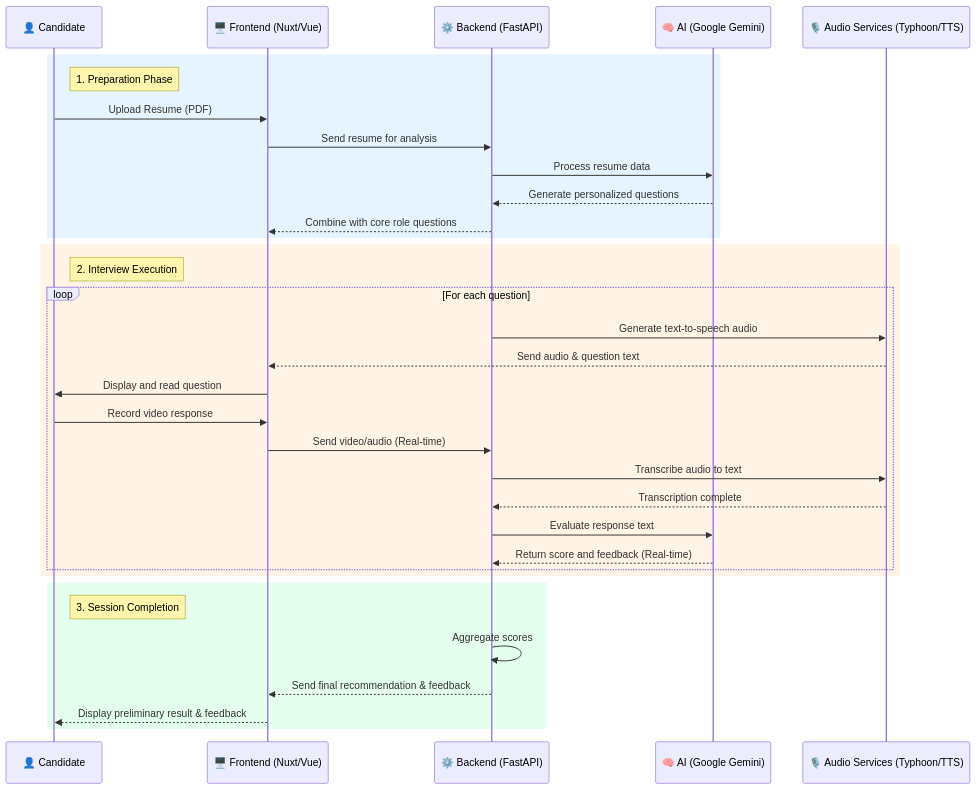
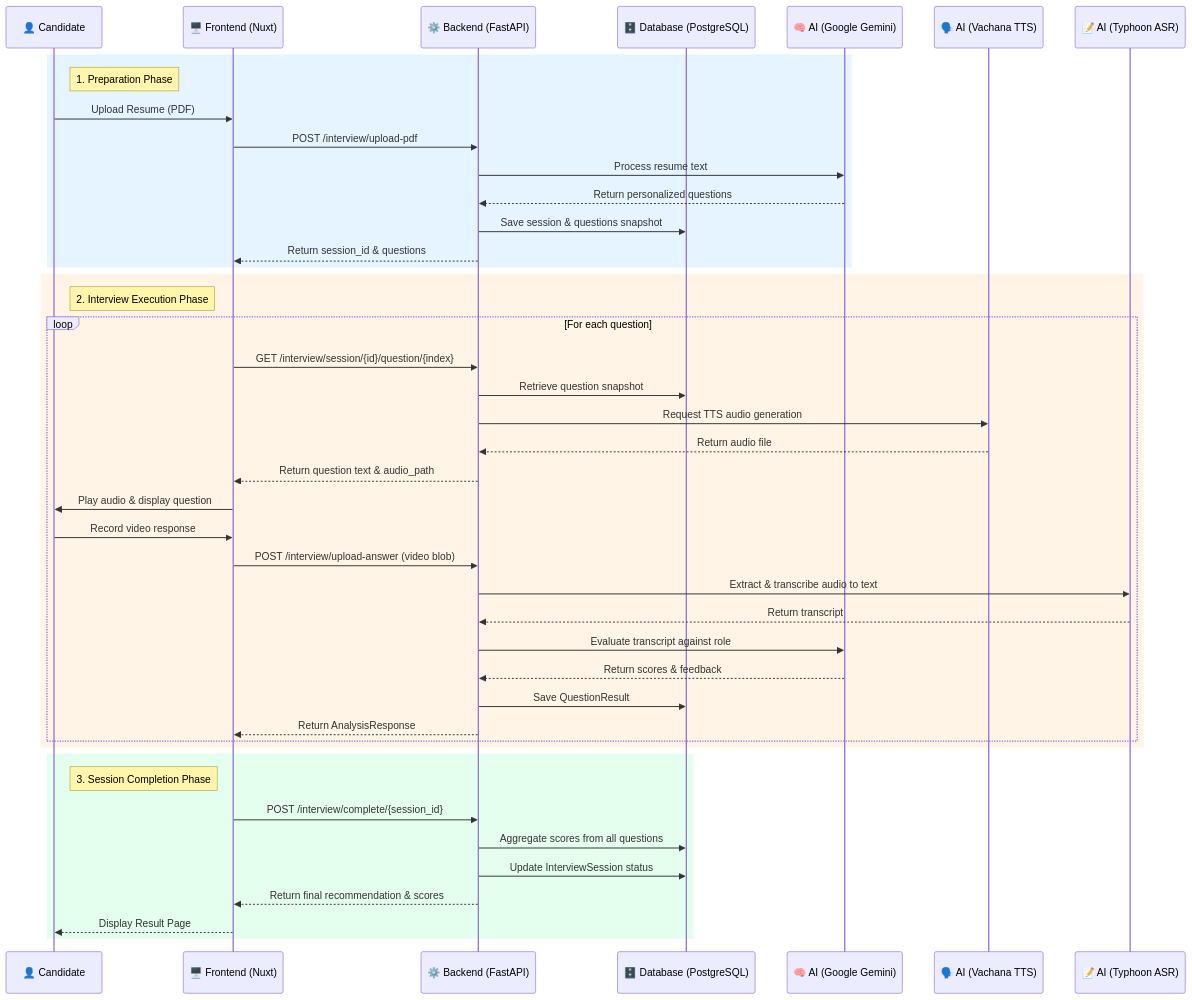
Before and after one commit to folknawatt/ai-interview: the diagram in README.md, drawn with Mermaid. The commit also changed 1 other file, not shown here.

Commit message:
docs: update workflow sequence diagrams to reflect actual backend implementation
- Distinctly separated AI Audio Services into Typhoon ASR (transcription) and Vachana TTS (audio generation).
- Added Database participant for explicit question snapshots and persistent results storage.
- Replaced abstract frontend/backend communication with actual API endpoints (e.g., POST /interview/upload-pdf, GET /interview/session/{id}/question/{index}).
- Corrected Vachana TTS data flow to route through Backend instead of direct-to-Frontend.

````diff
--- a/README.md
+++ b/README.md
@@ -63,42 +63,56 @@
 ```mermaid
 sequenceDiagram
     participant Candidate as 👤 Candidate
-    participant Frontend as 🖥️ Frontend (Nuxt/Vue)
+    participant Frontend as 🖥️ Frontend (Nuxt)
     participant Backend as ⚙️ Backend (FastAPI)
+    participant DB as 🗄️ Database (PostgreSQL)
     participant AI_Gemini as 🧠 AI (Google Gemini)
-    participant AI_Audio as 🎙️ Audio Services (Typhoon/TTS)
+    participant AI_Vachana as 🗣️ AI (Vachana TTS)
+    participant AI_Typhoon as 📝 AI (Typhoon ASR)
 
     %% 1. Preparation Phase
     rect rgba(0, 150, 255, 0.1)
         note right of Candidate: 1. Preparation Phase
         Candidate->>Frontend: Upload Resume (PDF)
-        Frontend->>Backend: Send resume for analysis
-        Backend->>AI_Gemini: Process resume data
-        AI_Gemini-->>Backend: Generate personalized questions
-        Backend-->>Frontend: Combine with core role questions
+        Frontend->>Backend: POST /interview/upload-pdf
+        Backend->>AI_Gemini: Process resume text
+        AI_Gemini-->>Backend: Return personalized questions
+        Backend->>DB: Save session & questions snapshot
+        Backend-->>Frontend: Return session_id & questions
     end
 
     %% 2. Interview Execution Phase
     rect rgba(255, 150, 0, 0.1)
-        note right of Candidate: 2. Interview Execution
+        note right of Candidate: 2. Interview Execution Phase
         loop For each question
-            Backend->>AI_Audio: Generate text-to-speech audio
-            AI_Audio-->>Frontend: Send audio & question text
-            Frontend->>Candidate: Display and read question
+            Frontend->>Backend: GET /interview/session/{id}/question/{index}
+            Backend->>DB: Retrieve question snapshot
+            Backend->>AI_Vachana: Request TTS audio generation
+            AI_Vachana-->>Backend: Return audio file
+            Backend-->>Frontend: Return question text & audio_path
+
+            Frontend->>Candidate: Play audio & display question
             Candidate->>Frontend: Record video response
-            Frontend->>Backend: Send video/audio (Real-time)
-            Backend->>AI_Audio: Transcribe audio to text
-            AI_Audio-->>Backend: Transcription complete
-            Backend->>AI_Gemini: Evaluate response text
-            AI_Gemini-->>Backend: Return score and feedback (Real-time)
+            Frontend->>Backend: POST /interview/upload-answer (video blob)
+
+            Backend->>AI_Typhoon: Extract & transcribe audio to text
+            AI_Typhoon-->>Backend: Return transcript
+
+            Backend->>AI_Gemini: Evaluate transcript against role
+            AI_Gemini-->>Backend: Return scores & feedback
+
+            Backend->>DB: Save QuestionResult
+            Backend-->>Frontend: Return AnalysisResponse
         end
     end
 
     %% 3. Session Completion
     rect rgba(0, 255, 100, 0.1)
-        note right of Candidate: 3. Session Completion
-        Backend->>Backend: Aggregate scores
-        Backend-->>Frontend: Send final recommendation & feedback
-        Frontend-->>Candidate: Display preliminary result & feedback
+        note right of Candidate: 3. Session Completion Phase
+        Frontend->>Backend: POST /interview/complete/{session_id}
+        Backend->>DB: Aggregate scores from all questions
+        Backend->>DB: Update InterviewSession status
+        Backend-->>Frontend: Return final recommendation & scores
+        Frontend-->>Candidate: Display Result Page
     end
 ```
````
